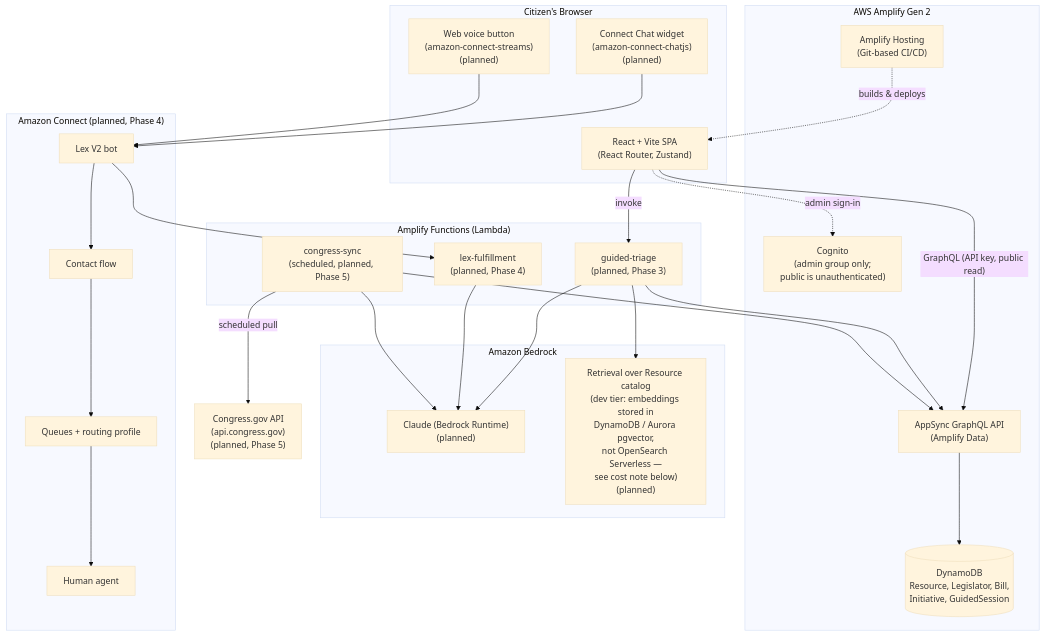
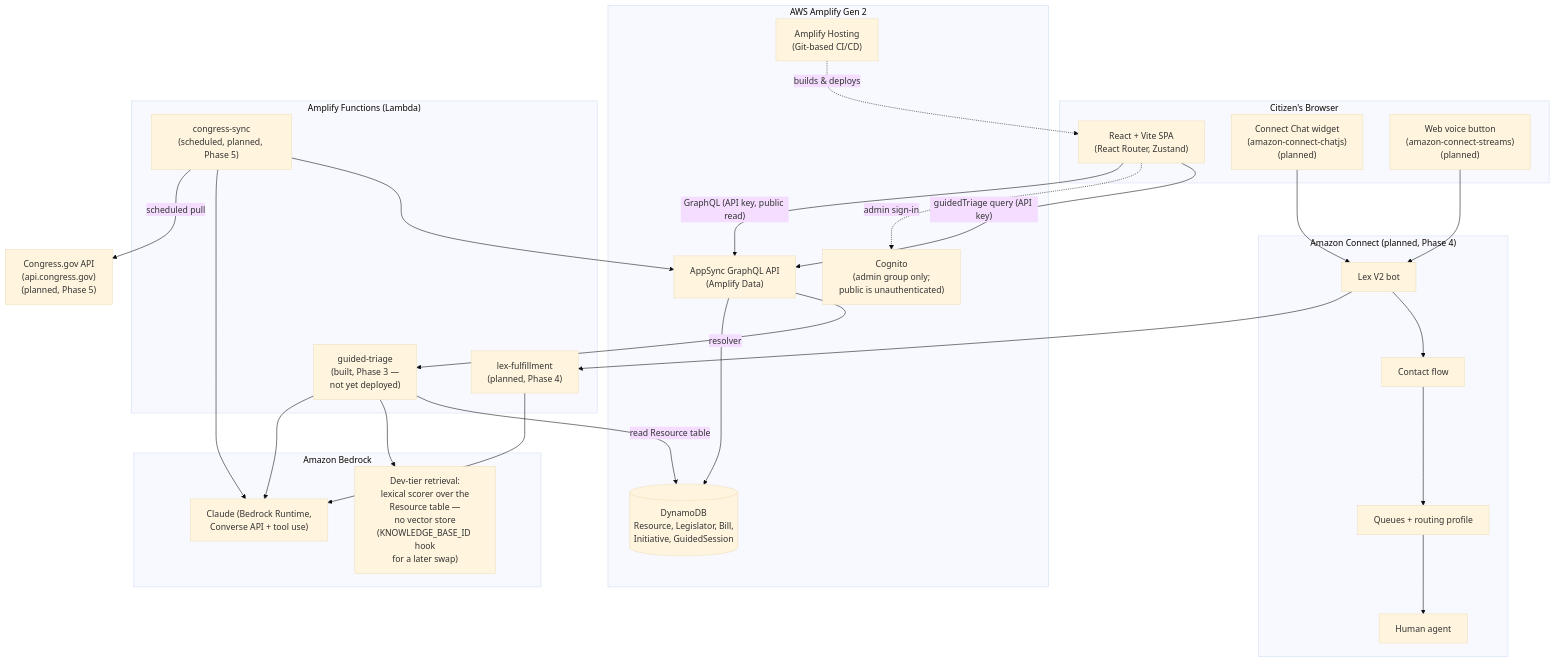
Before and after one commit to solarjokes-bot/ga08-civic-hub: the diagram in docs/architecture.md, drawn with Mermaid (base theme). The commit also changed other lines of this file and 30 other files, not shown here.

````diff
--- a/docs/architecture.md
+++ b/docs/architecture.md
@@ -10,57 +10,58 @@
 ```mermaid
 flowchart TB
     subgraph Browser["Citizen's Browser"]
         SPA["React + Vite SPA\n(React Router, Zustand)"]
         ChatWidget["Connect Chat widget\n(amazon-connect-chatjs)\n(planned)"]
         VoiceWidget["Web voice button\n(amazon-connect-streams)\n(planned)"]
     end
 
     subgraph Amplify["AWS Amplify Gen 2"]
         Auth["Cognito\n(admin group only;\npublic is unauthenticated)"]
         AppSync["AppSync GraphQL API\n(Amplify Data)"]
         DDB[("DynamoDB\nResource, Legislator, Bill,\nInitiative, GuidedSession")]
         Hosting["Amplify Hosting\n(Git-based CI/CD)"]
     end
 
     subgraph Functions["Amplify Functions (Lambda)"]
-        Triage["guided-triage\n(planned, Phase 3)"]
+        Triage["guided-triage\n(built, Phase 3 —\nnot yet deployed)"]
         LexFulfill["lex-fulfillment\n(planned, Phase 4)"]
         CongressSync["congress-sync\n(scheduled, planned, Phase 5)"]
     end
 
     subgraph AI["Amazon Bedrock"]
-        Claude["Claude (Bedrock Runtime)\n(planned)"]
-        KB["Retrieval over Resource catalog\n(dev tier: embeddings stored in\nDynamoDB / Aurora pgvector,\nnot OpenSearch Serverless —\nsee cost note below)\n(planned)"]
+        Claude["Claude (Bedrock Runtime,\nConverse API + tool use)"]
+        KB["Dev-tier retrieval:\nlexical scorer over the\nResource table —\nno vector store\n(KNOWLEDGE_BASE_ID hook\nfor a later swap)"]
     end
 
     subgraph Connect["Amazon Connect (planned, Phase 4)"]
         LexBot["Lex V2 bot"]
         ContactFlow["Contact flow"]
         Queues["Queues + routing profile"]
         Agent["Human agent"]
     end
 
     External["Congress.gov API\n(api.congress.gov)\n(planned, Phase 5)"]
 
     SPA -- "GraphQL (API key, public read)" --> AppSync
     SPA -. "admin sign-in" .-> Auth
     AppSync --> DDB
-    SPA -- "invoke" --> Triage
+    SPA -- "guidedTriage query (API key)" --> AppSync
+    AppSync -- "resolver" --> Triage
     Triage --> Claude
     Triage --> KB
-    Triage --> AppSync
+    Triage -- "read Resource table" --> DDB
 
     ChatWidget --> LexBot
     VoiceWidget --> LexBot
     LexBot --> LexFulfill
     LexFulfill --> Claude
     LexBot --> ContactFlow
     ContactFlow --> Queues
     Queues --> Agent
 
     CongressSync -- "scheduled pull" --> External
     CongressSync --> Claude
     CongressSync --> AppSync
 
     Hosting -.->|"builds & deploys"| SPA
 ```
````
